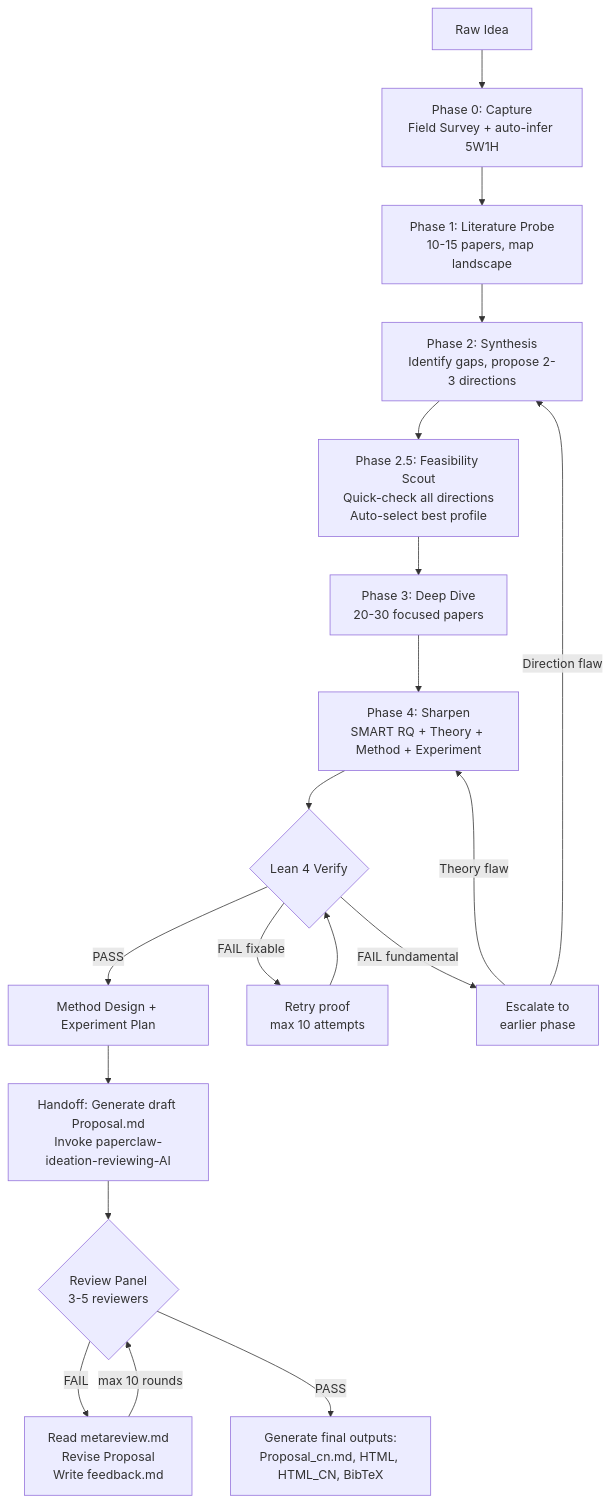
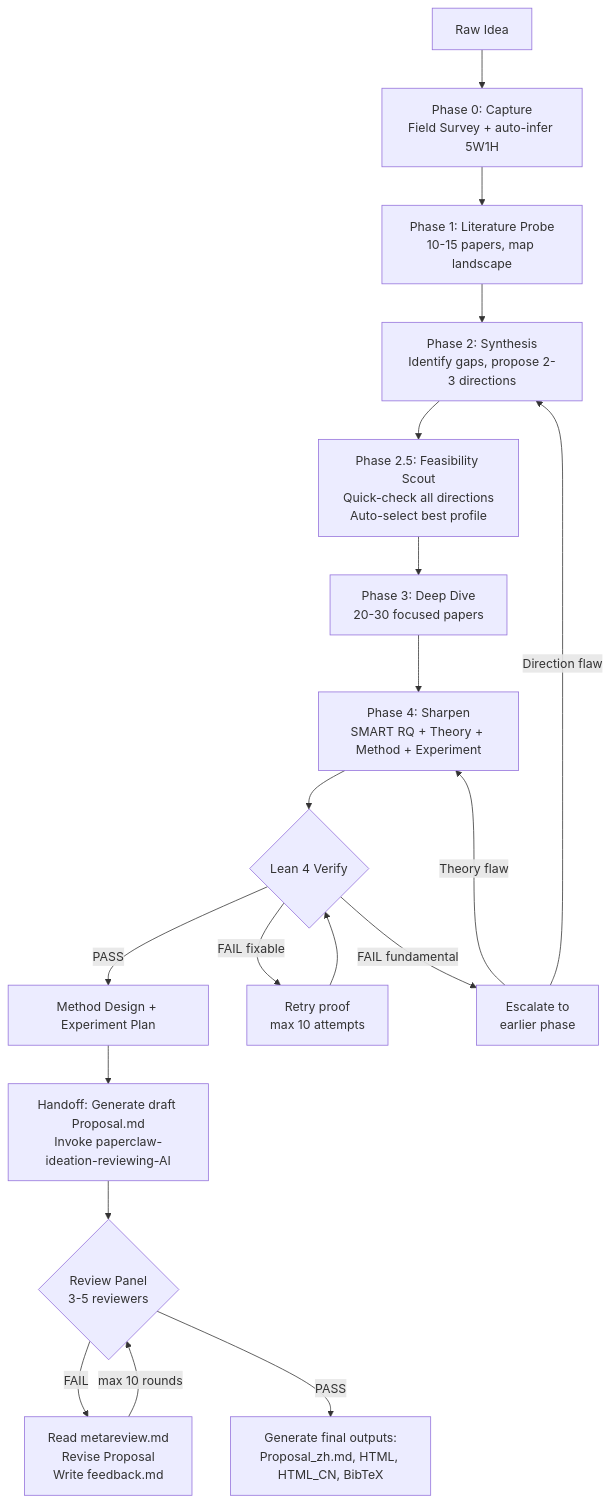
The diagram in .claude/skills/paperclaw-ideation-AI/SKILL.md (Paper-Claw/PaperClaw), drawn with Mermaid before and after one commit. The commit also changed other lines of this file and 7 other files, not shown here.

````diff
--- a/.claude/skills/paperclaw-ideation-AI/SKILL.md
+++ b/.claude/skills/paperclaw-ideation-AI/SKILL.md
@@ -55,21 +55,21 @@
 ```mermaid
 flowchart TD
     RAW[Raw Idea] --> P0[Phase 0: Capture\nField Survey + auto-infer 5W1H]
     P0 --> P1[Phase 1: Literature Probe\n10-15 papers, map landscape]
     P1 --> P2[Phase 2: Synthesis\nIdentify gaps, propose 2-3 directions]
     P2 --> P25[Phase 2.5: Feasibility Scout\nQuick-check all directions\nAuto-select best profile]
     P25 --> P3[Phase 3: Deep Dive\n20-30 focused papers]
     P3 --> P4[Phase 4: Sharpen\nSMART RQ + Theory + Method + Experiment]
     P4 --> LEAN{Lean 4 Verify}
     LEAN -->|PASS| METHOD[Method Design + Experiment Plan]
     LEAN -->|FAIL fixable| RETRY[Retry proof\nmax 10 attempts]
     RETRY --> LEAN
     LEAN -->|FAIL fundamental| ESCALATE[Escalate to\nearlier phase]
     ESCALATE -->|Theory flaw| P4
     ESCALATE -->|Direction flaw| P2
     METHOD --> HANDOFF[Handoff: Generate draft Proposal.md\nInvoke paperclaw-ideation-reviewing-AI]
     HANDOFF --> REVIEW{Review Panel\n3-5 reviewers}
     REVIEW -->|FAIL| REVISE[Read metareview.md\nRevise Proposal\nWrite feedback.md]
     REVISE -->|max 10 rounds| REVIEW
-    REVIEW -->|PASS| FINAL[Generate final outputs:\nProposal_cn.md, HTML, HTML_CN, BibTeX]
+    REVIEW -->|PASS| FINAL[Generate final outputs:\nProposal_zh.md, HTML, HTML_CN, BibTeX]
 ```
````
